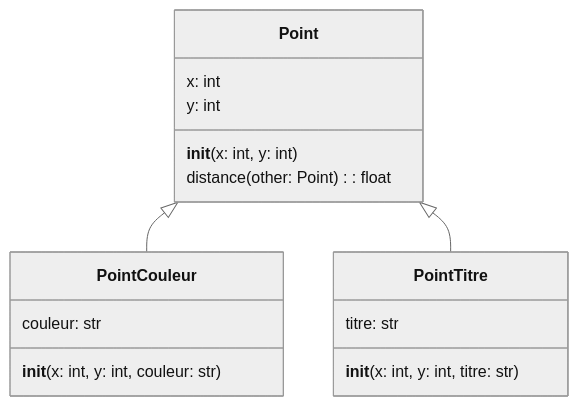
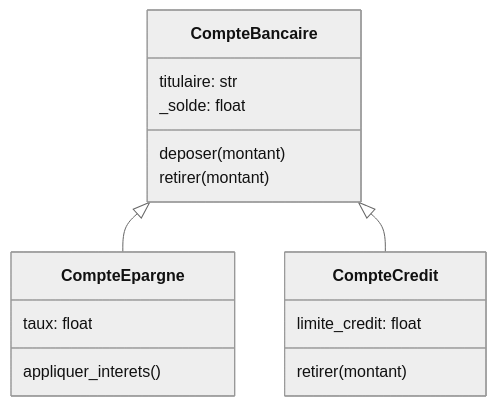
One commit to archambaultv-prof/programmation-python changed the first of 2 diagrams in docs/basic/classes/heritage.mdx. Above: the diagram before and after it, drawn with Mermaid (neutral theme). The commit also changed other lines of this file and 9 other files, not shown here.

````diff
--- a/docs/basic/classes/heritage.mdx
+++ b/docs/basic/classes/heritage.mdx
@@ -23,22 +63,22 @@
 ```mermaid
 classDiagram
-    class Point {
-        x: int
-        y: int
-        __init__(x: int, y: int)
-        distance(other: Point): float
+    class CompteBancaire {
+        titulaire: str
+        _solde: float
+        deposer(montant)
+        retirer(montant)
     }
 
-    class PointCouleur {
-        couleur: str
-        __init__(x: int, y: int, couleur: str)
+    class CompteEpargne {
+        taux: float
+        appliquer_interets()
     }
 
-    class PointTitre {
-        titre: str
-        __init__(x: int, y: int, titre: str)
+    class CompteCredit {
+        limite_credit: float
+        retirer(montant)
     }
 
-    Point <|-- PointCouleur
-    Point <|-- PointTitre
+    CompteBancaire <|-- CompteEpargne
+    CompteBancaire <|-- CompteCredit
 ```
````
